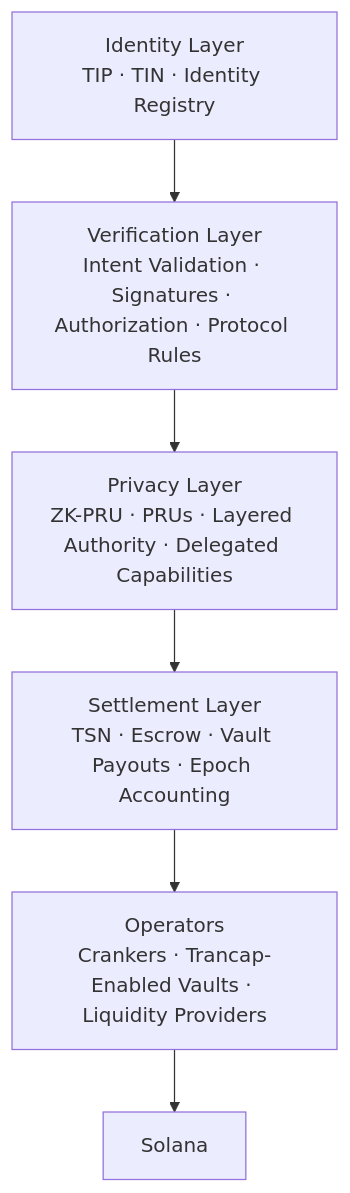
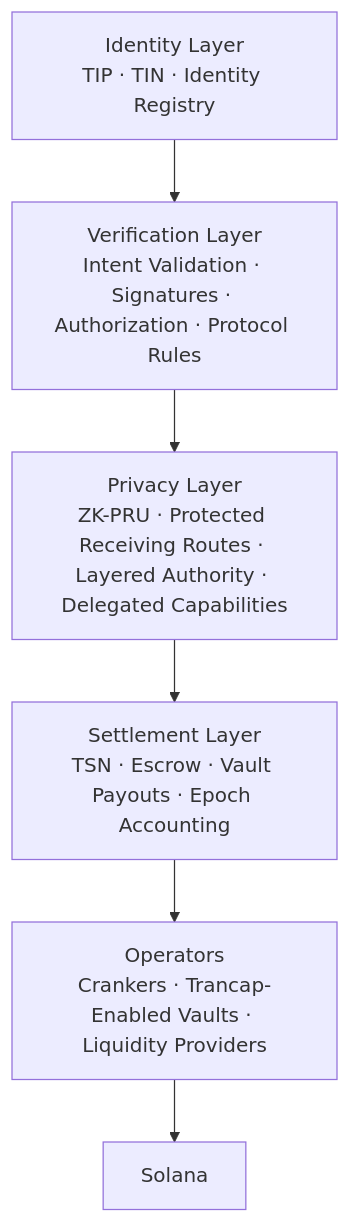
The second of 8 diagrams in README.md (Trustlink-Labs/TSN-Protocol), drawn with Mermaid before and after one commit. The commit also changed other lines of this file, not shown here.

````diff
--- a/README.md
+++ b/README.md
@@ -40,8 +40,8 @@
 ```mermaid
 flowchart TD
     I[Identity Layer<br/>TIP · TIN · Identity Registry] --> V[Verification Layer<br/>Intent Validation · Signatures · Authorization · Protocol Rules]
-    V --> P[Privacy Layer<br/>ZK-PRU · PRUs · Layered Authority · Delegated Capabilities]
+    V --> P[Privacy Layer<br/>ZK-PRU · Protected Receiving Routes · Layered Authority · Delegated Capabilities]
     P --> S[Settlement Layer<br/>TSN · Escrow · Vault Payouts · Epoch Accounting]
     S --> O[Operators<br/>Crankers · Trancap-Enabled Vaults · Liquidity Providers]
     O --> SOL[Solana]
 ```
````
